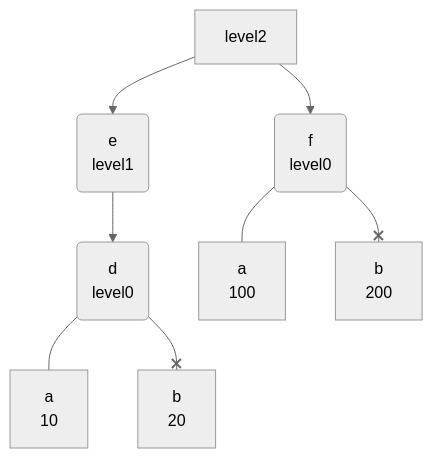
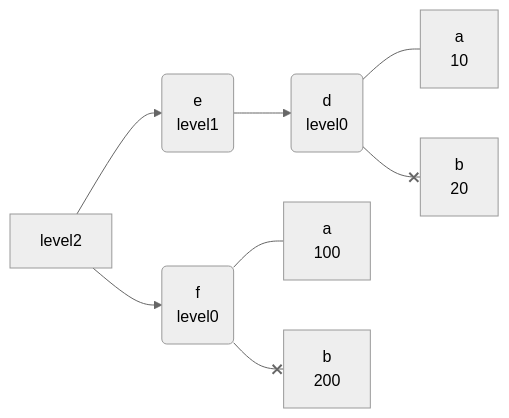
The diagram in tests/test_mermaid_md.md (ASEM000/pytreeclass), drawn with Mermaid (neutral theme) before and after one commit. The commit also changed 4 other files, not shown here.

````diff
--- a/tests/test_mermaid_md.md
+++ b/tests/test_mermaid_md.md
@@ -1,11 +1,11 @@
 ```mermaid
-flowchart TD
+flowchart LR
     id15696277213149321320[level2]
     id15696277213149321320 --> id159132120600507116(e\nlevel1)
     id159132120600507116 --> id7500441386962467209(d\nlevel0)
     id7500441386962467209 --- id8292801017962660105["a\n10"]
     id7500441386962467209 --x id5855743171222414412["b\n20"]
     id15696277213149321320 --> id10009280772564895168(f\nlevel0)
     id10009280772564895168 --- id11951215191344350637["a\n100"]
     id10009280772564895168 --x id1196345851686744158["b\n200"]
 ```
````
